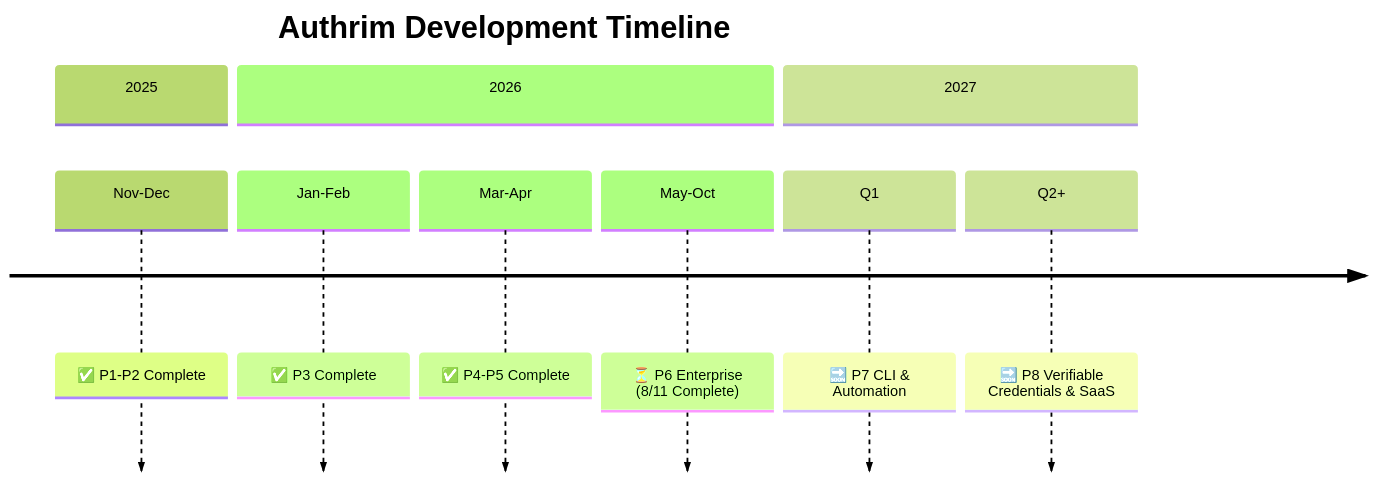
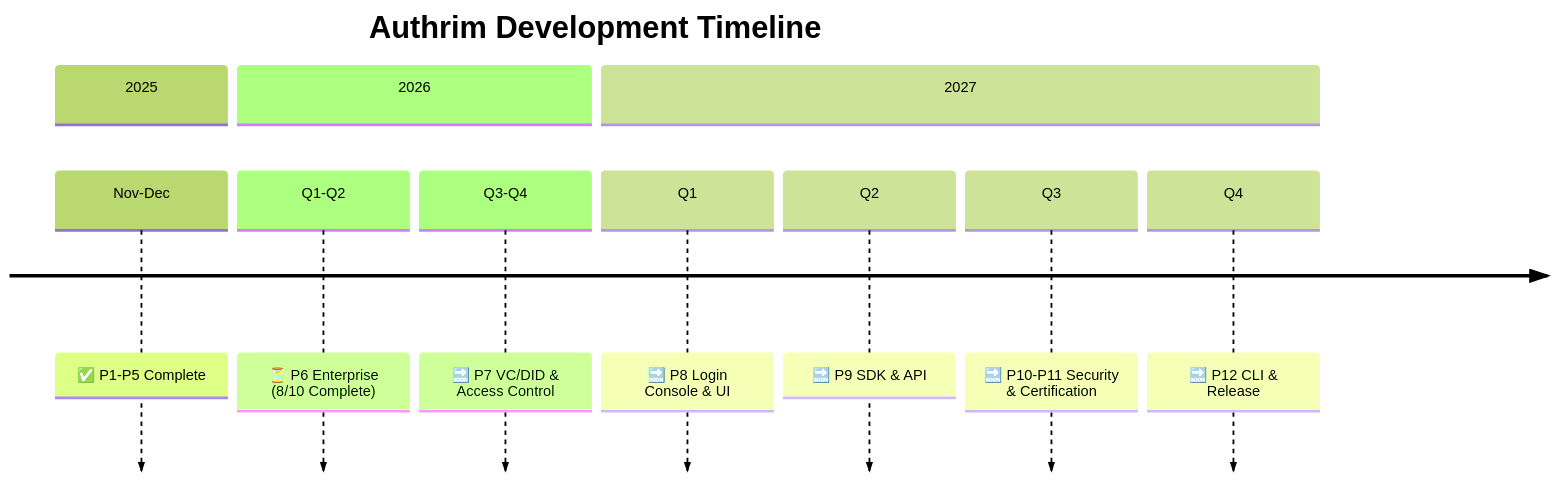
The diagram in docs/ROADMAP.md (sgrastar/authrim), drawn with Mermaid (forest theme) before and after one commit. The commit also changed other lines of this file and 11 other files, not shown here.

First line of the commit message:
docs: Restructure roadmap and task lists with new Phase 6-12 configuration

````diff
--- a/docs/ROADMAP.md
+++ b/docs/ROADMAP.md
@@ -11,13 +11,14 @@
 ```mermaid
 timeline
     title Authrim Development Timeline
     section 2025
-        Nov-Dec : ✅ P1-P2 Complete
+        Nov-Dec : ✅ P1-P5 Complete
     section 2026
-        Jan-Feb : ✅ P3 Complete
-        Mar-Apr : ✅ P4-P5 Complete
-        May-Oct : ⏳ P6 Enterprise (8/11 Complete)
+        Q1-Q2 : ⏳ P6 Enterprise (8/10 Complete)
+        Q3-Q4 : 🔜 P7 VC/DID & Access Control
     section 2027
-        Q1 : 🔜 P7 CLI & Automation
-        Q2+ : 🔜 P8 Verifiable Credentials & SaaS
+        Q1 : 🔜 P8 Login Console & UI
+        Q2 : 🔜 P9 SDK & API
+        Q3 : 🔜 P10-P11 Security & Certification
+        Q4 : 🔜 P12 CLI & Release
 ```
````
